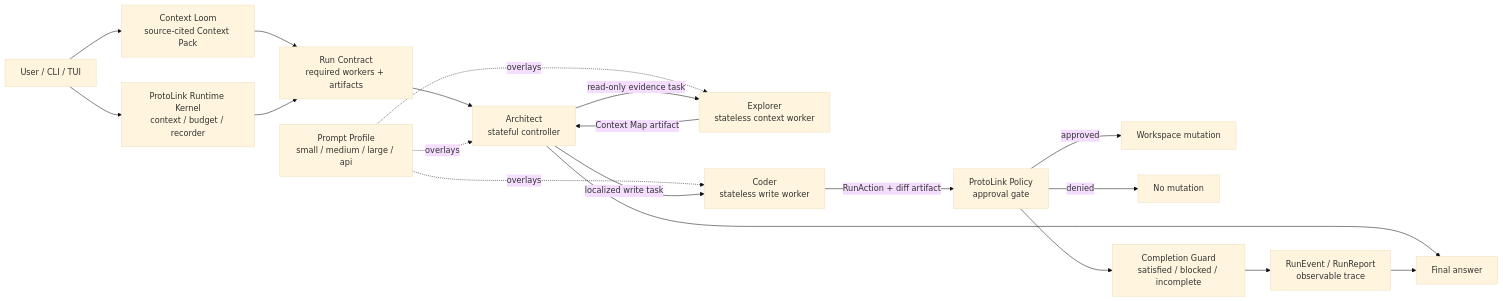
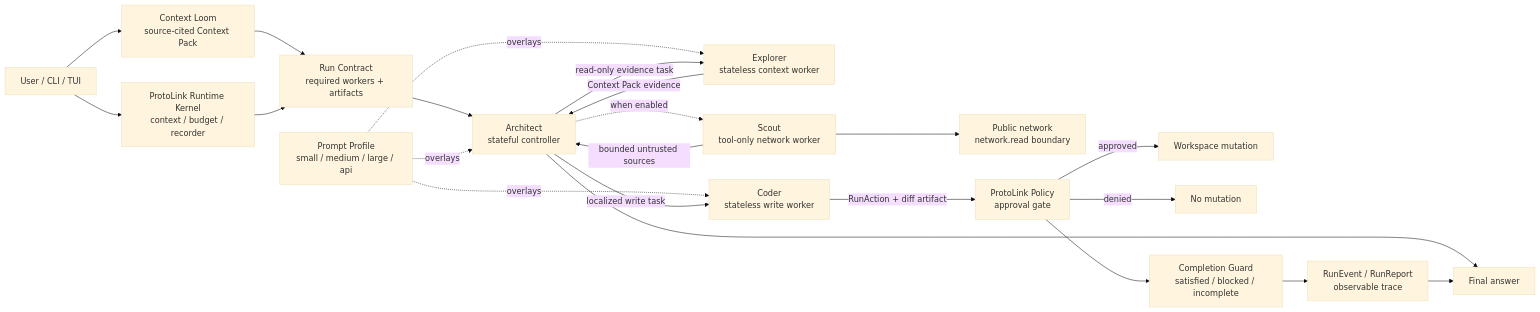
The diagram in whitepaper.md (nMaroulis/protoagent), drawn with Mermaid (base theme) before and after one commit. The commit also changed other lines of this file and 90 other files, not shown here.

````diff
--- a/whitepaper.md
+++ b/whitepaper.md
@@ -255,21 +299,24 @@
 ```mermaid
 flowchart LR
     U["User / CLI / TUI"] --> L["Context Loom\nsource-cited Context Pack"]
     U --> K["ProtoLink Runtime Kernel\ncontext / budget / recorder"]
     L --> RC["Run Contract\nrequired workers + artifacts"]
     K --> RC
     RC --> A["Architect\nstateful controller"]
     PP["Prompt Profile\nsmall / medium / large / api"] -. overlays .-> A
     PP -. overlays .-> E
     PP -. overlays .-> C
     A -->|read-only evidence task| E["Explorer\nstateless context worker"]
-    E -->|Context Map artifact| A
+    E -->|Context Pack evidence| A
+    A -. "when enabled" .-> S["Scout\ntool-only network worker"]
+    S -->|bounded untrusted sources| A
+    S --> NB["Public network\nnetwork.read boundary"]
     A -->|localized write task| C["Coder\nstateless write worker"]
     C -->|RunAction + diff artifact| P["ProtoLink Policy\napproval gate"]
     P -->|approved| W["Workspace mutation"]
     P -->|denied| N["No mutation"]
     P --> G["Completion Guard\nsatisfied / blocked / incomplete"]
     G --> R["RunEvent / RunReport\nobservable trace"]
     A --> O["Final answer"]
     R --> O
 ```
````
